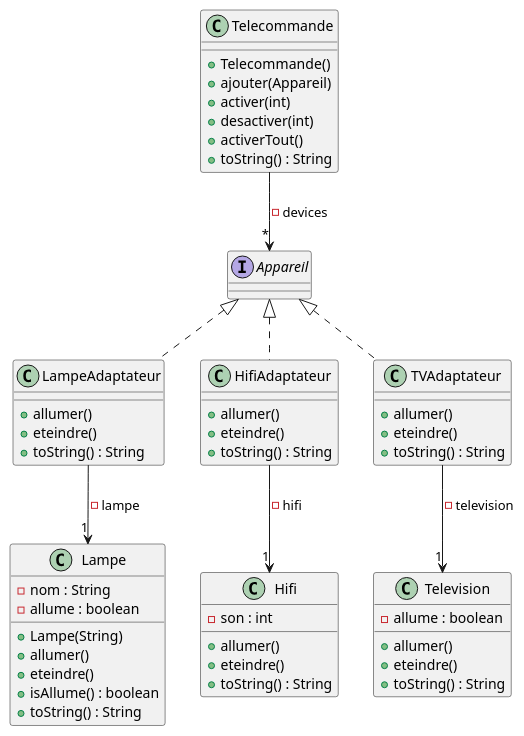
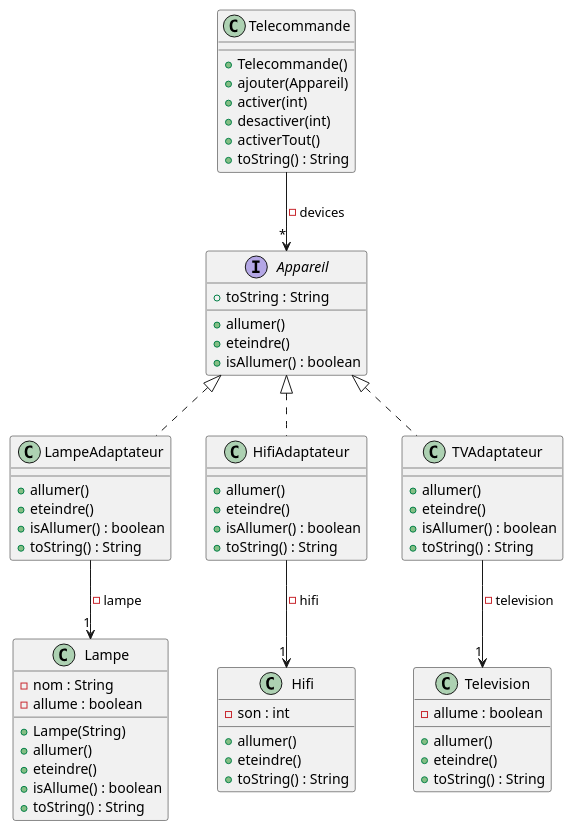
One commit to Hugo-COLLIN/BUT_S2_COO_domotique changed the diagram in TD7/ressource/diagramClasse.puml. Above: the diagram before and after it, drawn with PlantUML. The commit also changed 1 other file, not shown here.

```diff
--- a/TD7/ressource/diagramClasse.puml
+++ b/TD7/ressource/diagramClasse.puml
@@ -1,68 +1,75 @@
 @startuml
 
 class Lampe {
     - nom : String
     - allume : boolean
     + Lampe(String)
     + allumer()
     + eteindre()
     + isAllume() : boolean
     + toString() : String
 }
 
 class Hifi {
     - son : int
     + allumer()
     + eteindre()
     + toString() : String
 }
 
 class Telecommande {
     + Telecommande()
     + ajouter(Appareil)
     + activer(int)
     + desactiver(int)
     + activerTout()
     + toString() : String
 }
 
 class Television {
     - allume : boolean
     + allumer()
     + eteindre()
     + toString() : String
 }
 
 interface Appareil{
+    + allumer()
+    + eteindre()
+    + isAllumer() : boolean
+    + toString : String
 }
 
 class LampeAdaptateur{
     + allumer()
     + eteindre()
+    + isAllumer() : boolean
     + toString() : String
 }
 
 class HifiAdaptateur{
     + allumer()
     + eteindre()
+    + isAllumer() : boolean
     + toString() : String
 }
 
 class TVAdaptateur{
     + allumer()
     + eteindre()
+    + isAllumer() : boolean
     + toString() : String
 }
 
 Appareil <|.. LampeAdaptateur
 Appareil <|.. HifiAdaptateur
 Appareil <|.. TVAdaptateur
 
 LampeAdaptateur --> "1" Lampe :  - lampe
 HifiAdaptateur --> "1" Hifi : - hifi
 TVAdaptateur --> "1" Television : - television
 
 
 Telecommande --> "*" Appareil : - devices
 
 @enduml
```
